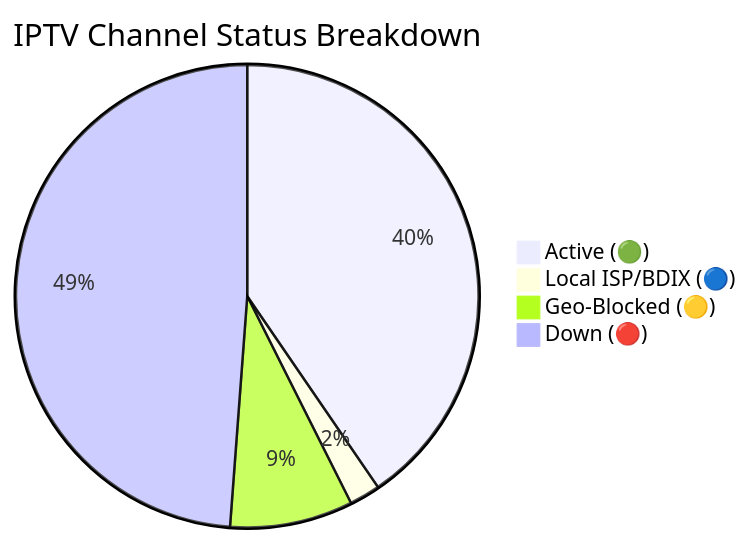
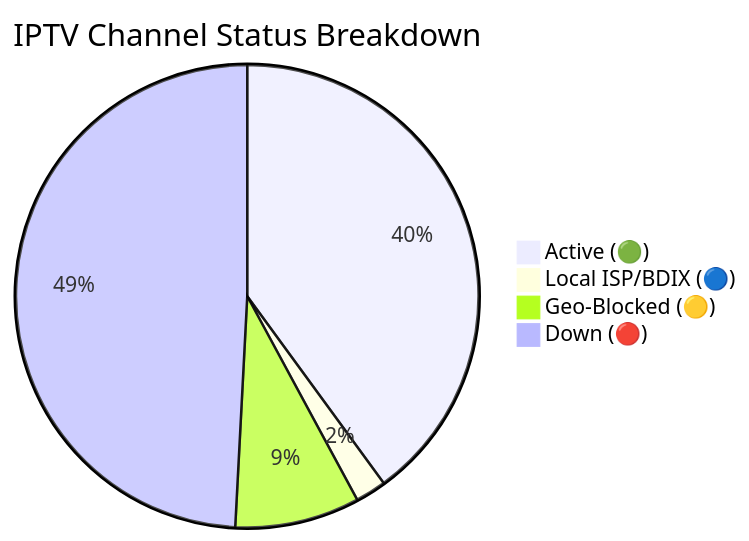
The diagram in README.md (andreataylord/Ip-tv-Collection), drawn with Mermaid before and after one commit. The commit also changed other lines of this file and 1 other file, not shown here.

Commit message:
docs(readme): auto-update daily channel status chart

````diff
--- a/README.md
+++ b/README.md
@@ -59,7 +59,7 @@
 ```mermaid
 pie title IPTV Channel Status Breakdown
-    "Active (🟢)" : 2929
+    "Active (🟢)" : 2894
     "Local ISP/BDIX (🔵)" : 156
-    "Geo-Blocked (🟡)" : 622
-    "Down (🔴)" : 3535
+    "Geo-Blocked (🟡)" : 631
+    "Down (🔴)" : 3561
 ```
````
